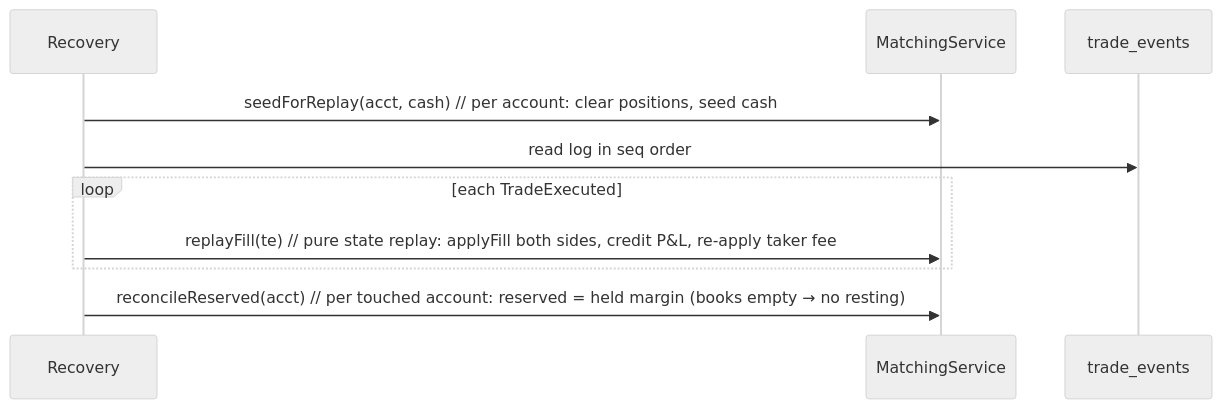
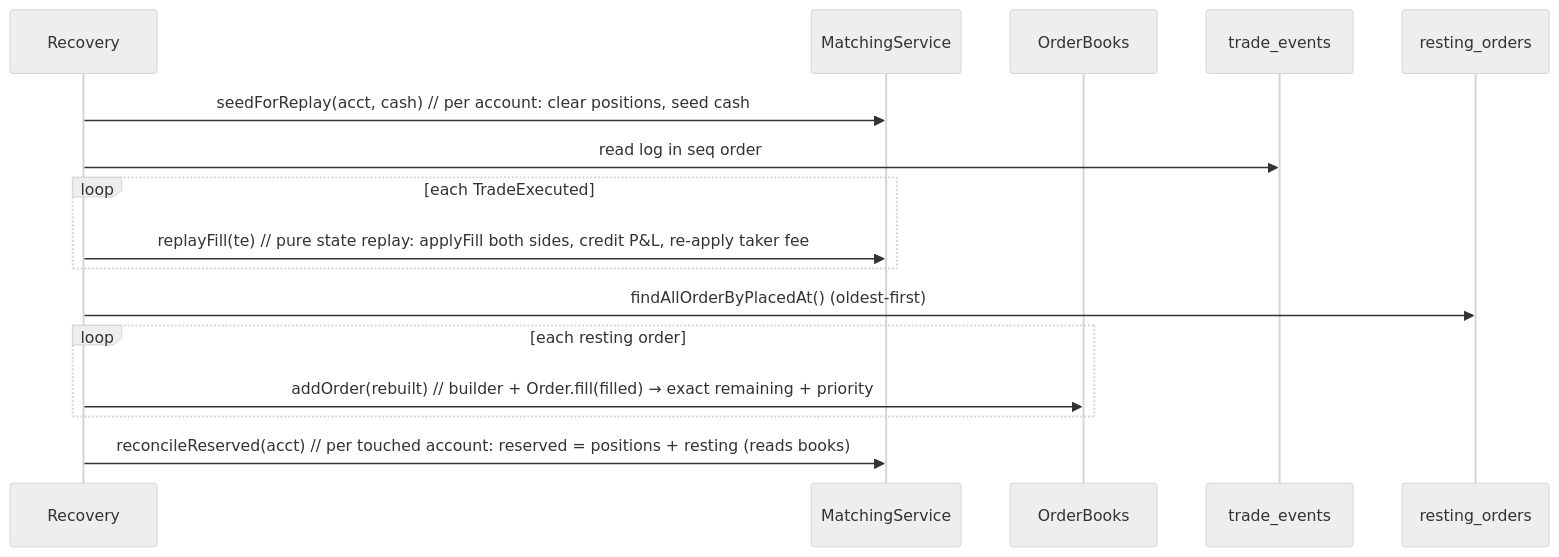
One commit to mc139/fx-oee-docs changed the fourth of 5 diagrams in 05-event-sourcing-persistence.md. Above: the diagram before and after it, drawn with Mermaid (neutral theme). The commit also changed other lines of this file and 4 other files, not shown here.

````diff
--- a/05-event-sourcing-persistence.md
+++ b/05-event-sourcing-persistence.md
@@ -119,12 +120,18 @@
 ```mermaid
 sequenceDiagram
     participant R as Recovery
     participant MS as MatchingService
+    participant Books as OrderBooks
     participant Log as trade_events
+    participant Rest as resting_orders
     R->>MS: seedForReplay(acct, cash)  // per account: clear positions, seed cash
     R->>Log: read log in seq order
     loop each TradeExecuted
         R->>MS: replayFill(te)  // pure state replay: applyFill both sides, credit P&L, re-apply taker fee
     end
-    R->>MS: reconcileReserved(acct)  // per touched account: reserved = held margin (books empty → no resting)
+    R->>Rest: findAllOrderByPlacedAt() (oldest-first)
+    loop each resting order
+        R->>Books: addOrder(rebuilt)  // builder + Order.fill(filled) → exact remaining + priority
+    end
+    R->>MS: reconcileReserved(acct)  // per touched account: reserved = positions + resting (reads books)
 ```
````
